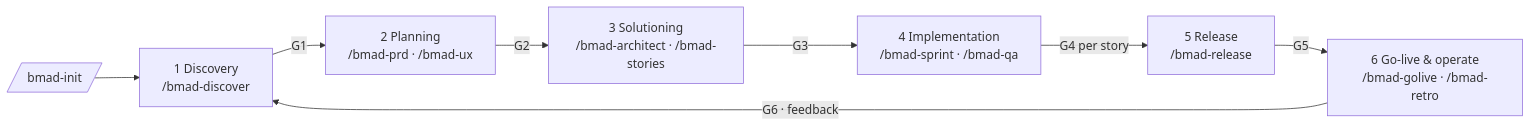
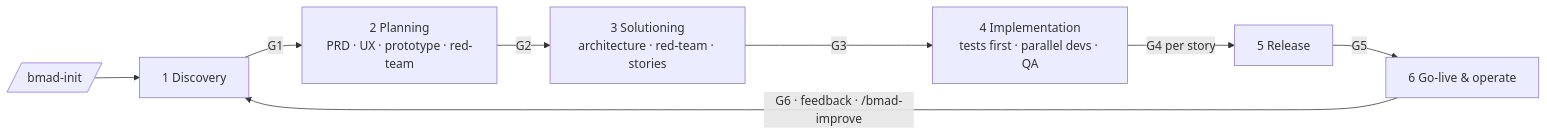
One commit to mliebski/bmad-agentic-framework changed the diagram in bmad/GUIDE.md. Above: the diagram before and after it, drawn with Mermaid. The commit also changed other lines of this file and 60 other files, not shown here.

First line of the commit message:
Enforce gates with a tool and hooks; add tests-first, autopilot, evals and packaging

````diff
--- a/bmad/GUIDE.md
+++ b/bmad/GUIDE.md
@@ -37,10 +73,10 @@
 ```mermaid
 flowchart LR
-  I[/bmad-init/] --> D[1 Discovery<br>/bmad-discover]
-  D -->|G1| P[2 Planning<br>/bmad-prd · /bmad-ux]
-  P -->|G2| S[3 Solutioning<br>/bmad-architect · /bmad-stories]
-  S -->|G3| M[4 Implementation<br>/bmad-sprint · /bmad-qa]
-  M -->|G4 per story| R[5 Release<br>/bmad-release]
-  R -->|G5| G[6 Go-live & operate<br>/bmad-golive · /bmad-retro]
-  G -->|G6 · feedback| D
+  I[/bmad-init/] --> D[1 Discovery]
+  D -->|G1| P[2 Planning<br>PRD · UX · prototype · red-team]
+  P -->|G2| S[3 Solutioning<br>architecture · red-team · stories]
+  S -->|G3| M[4 Implementation<br>tests first · parallel devs · QA]
+  M -->|G4 per story| R[5 Release]
+  R -->|G5| G[6 Go-live & operate]
+  G -->|G6 · feedback · /bmad-improve| D
 ```
````
